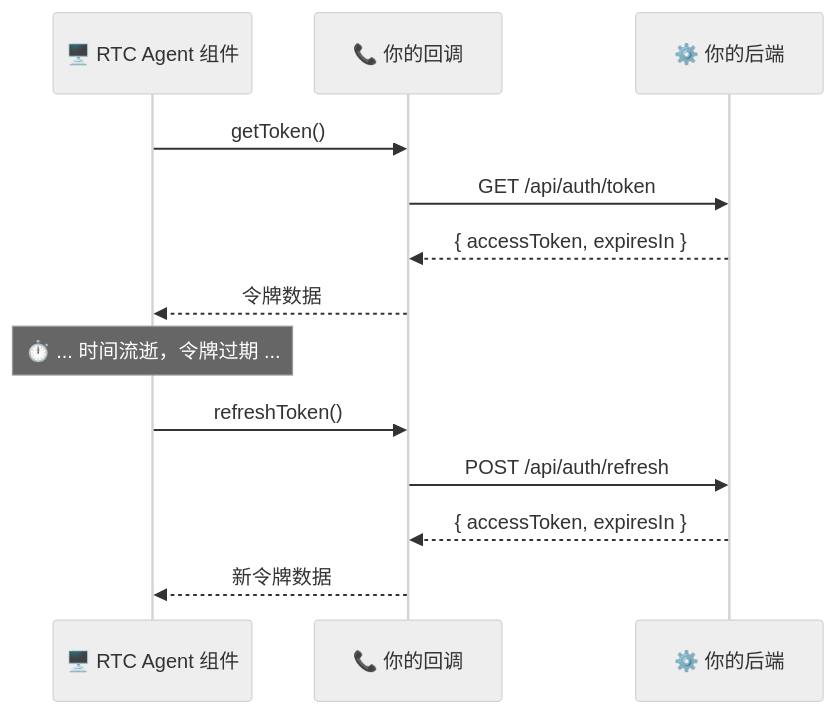
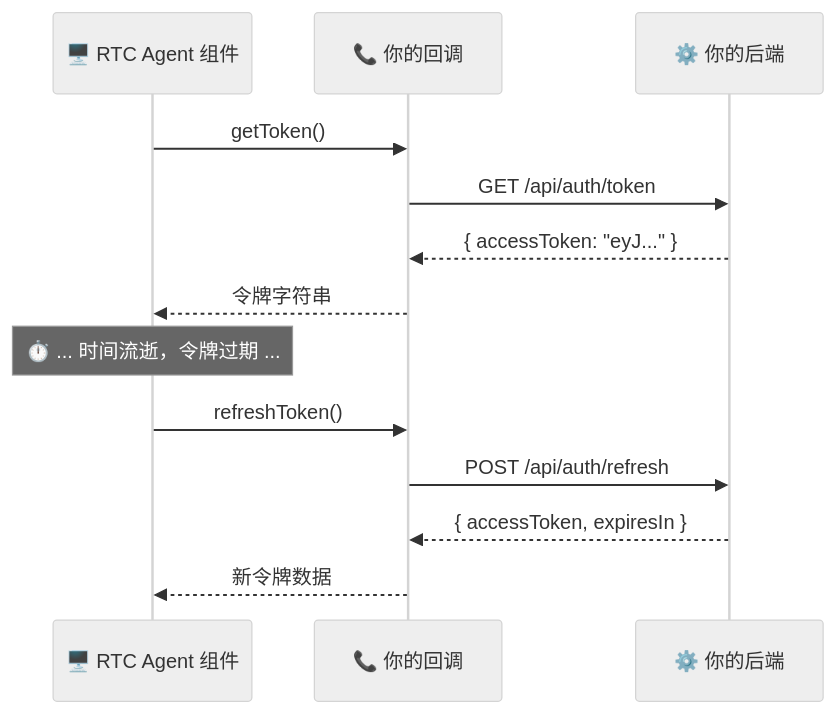
The tenth of 12 diagrams in src/content/docs/integration/auth.md (rtc-agent/docs), drawn with Mermaid (neutral theme) before and after one commit. The commit also changed other lines of this file and 9 other files, not shown here.

````diff
--- a/src/content/docs/integration/auth.md
+++ b/src/content/docs/integration/auth.md
@@ -332,18 +333,18 @@
 ```mermaid
 sequenceDiagram
     participant Comp as 🖥️ RTC Agent 组件
     participant CB as 📞 你的回调
     participant BE as ⚙️ 你的后端
 
     Comp->>CB: getToken()
     CB->>BE: GET /api/auth/token
-    BE-->>CB: { accessToken, expiresIn }
-    CB-->>Comp: 令牌数据
+    BE-->>CB: { accessToken: "eyJ..." }
+    CB-->>Comp: 令牌字符串
 
     Note over Comp: ⏱️ ... 时间流逝，令牌过期 ...
 
     Comp->>CB: refreshToken()
     CB->>BE: POST /api/auth/refresh
     BE-->>CB: { accessToken, expiresIn }
     CB-->>Comp: 新令牌数据
 ```
````
